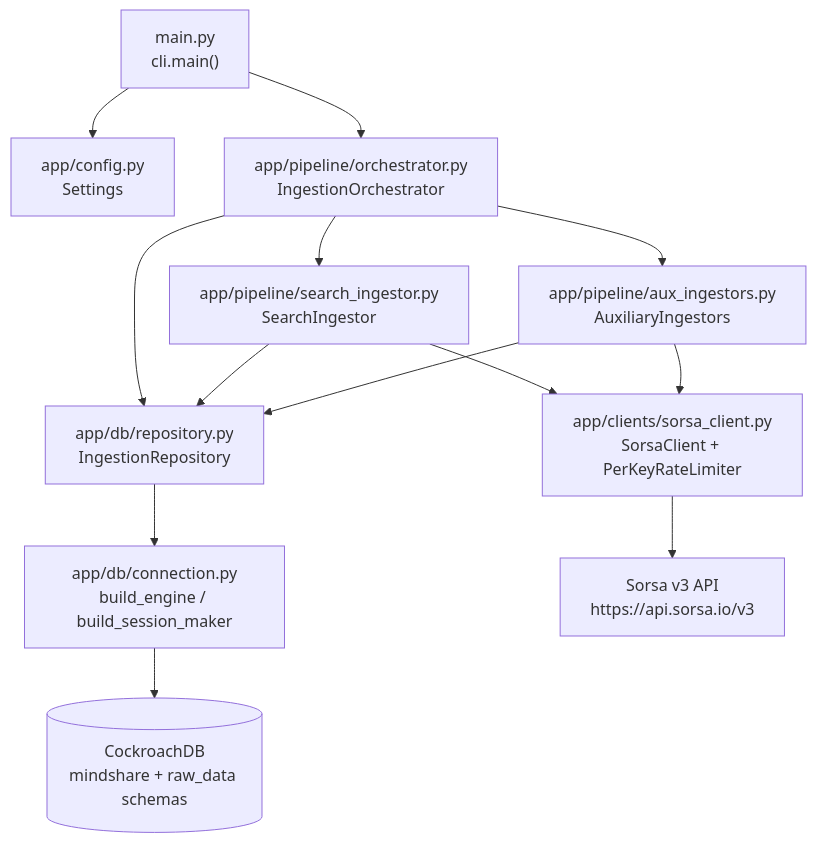
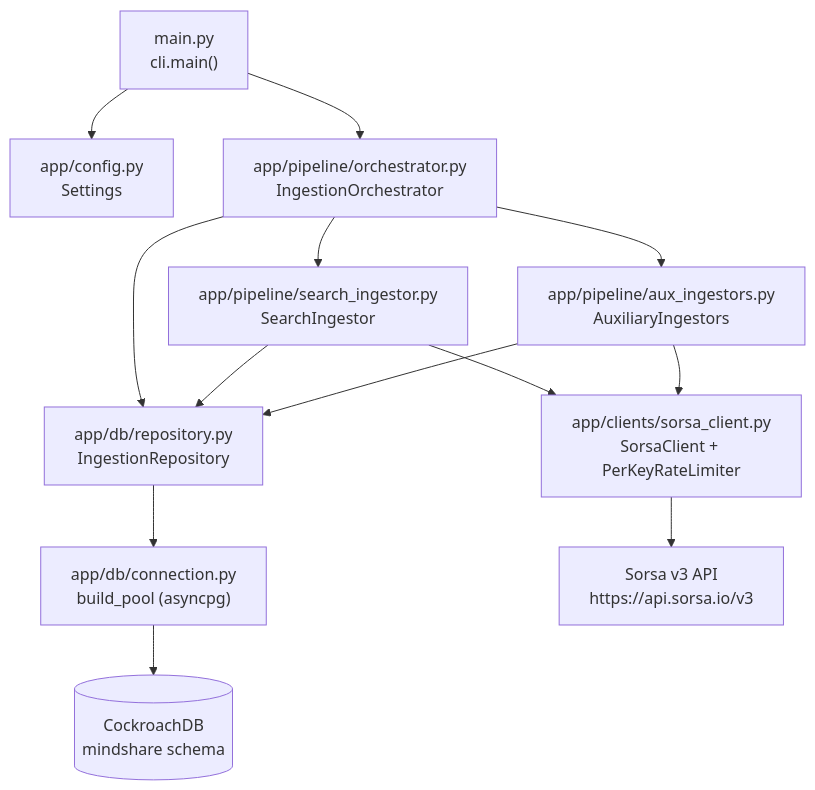
One commit to BabinJoshi/Sorsa changed the diagram in ingestion-docs/docs/architecture.md. Above: the diagram before and after it, drawn with Mermaid. The commit also changed other lines of this file and 10 other files, not shown here.

````diff
--- a/ingestion-docs/docs/architecture.md
+++ b/ingestion-docs/docs/architecture.md
@@ -9,26 +9,26 @@
 ```mermaid
 flowchart TD
     entry["main.py\ncli.main()"]
     config["app/config.py\nSettings"]
     orch["app/pipeline/orchestrator.py\nIngestionOrchestrator"]
     search["app/pipeline/search_ingestor.py\nSearchIngestor"]
     aux["app/pipeline/aux_ingestors.py\nAuxiliaryIngestors"]
     client["app/clients/sorsa_client.py\nSorsaClient + PerKeyRateLimiter"]
     repo["app/db/repository.py\nIngestionRepository"]
-    conn["app/db/connection.py\nbuild_engine / build_session_maker"]
-    db[("CockroachDB\nmindshare + raw_data schemas")]
+    conn["app/db/connection.py\nbuild_pool (asyncpg)"]
+    db[("CockroachDB\nmindshare schema")]
     sorsa_api["Sorsa v3 API\nhttps://api.sorsa.io/v3"]
 
     entry --> config
     entry --> orch
     orch --> search
     orch --> aux
     orch --> repo
     search --> client
     search --> repo
     aux --> client
     aux --> repo
     repo --> conn
     conn --> db
     client --> sorsa_api
 ```
````
